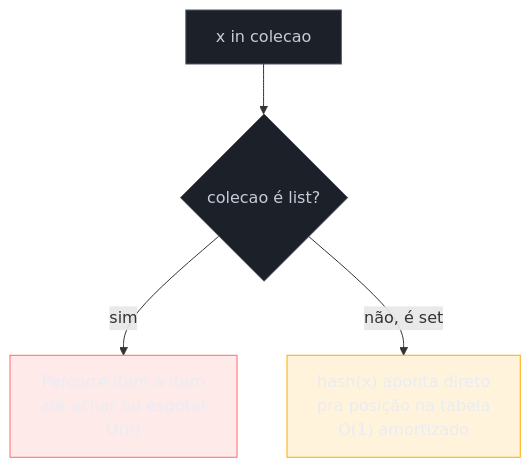
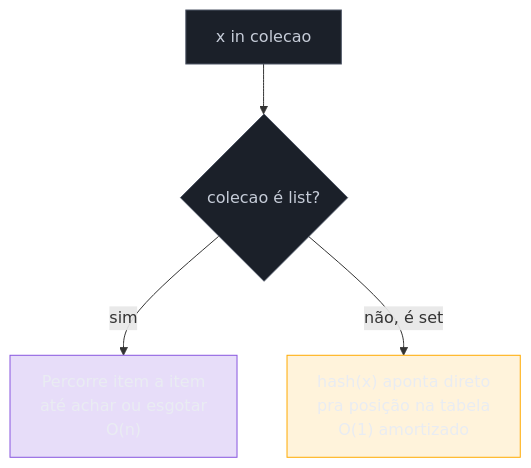
The second of 2 diagrams in 03-Dominios/Tecnologia/Python/Collections e Comprehensions/04 - Sets.md (josenaldo/codex-technomanticus), drawn with Mermaid before and after one commit. The commit also changed other lines of this file and 601 other files, not shown here.

````diff
--- a/03-Dominios/Tecnologia/Python/Collections e Comprehensions/04 - Sets.md
+++ b/03-Dominios/Tecnologia/Python/Collections e Comprehensions/04 - Sets.md
@@ -208,14 +208,14 @@
 ```mermaid
 flowchart TB
+    classDef marca fill:#8855DF33,stroke:#8855DF,color:#E9ECF2
     classDef neutro fill:#1B2029,stroke:#4E5666,color:#C6CCD8
-    classDef falha fill:#FF6B6B24,stroke:#FF6B6B,color:#E9ECF2
     classDef destaque fill:#FFAA0024,stroke:#FFAA00,color:#E9ECF2
     Q["x in colecao"] --> L{"colecao é list?"}
     L -->|"sim"| SC["Percorre item a item\naté achar ou esgotar\nO(n)"]
     L -->|"não, é set"| HS["hash(x) aponta direto\npra posição na tabela\nO(1) amortizado"]
 
     class Q neutro
     class L neutro
-    class SC falha
+    class SC marca
     class HS destaque
 ```
````
